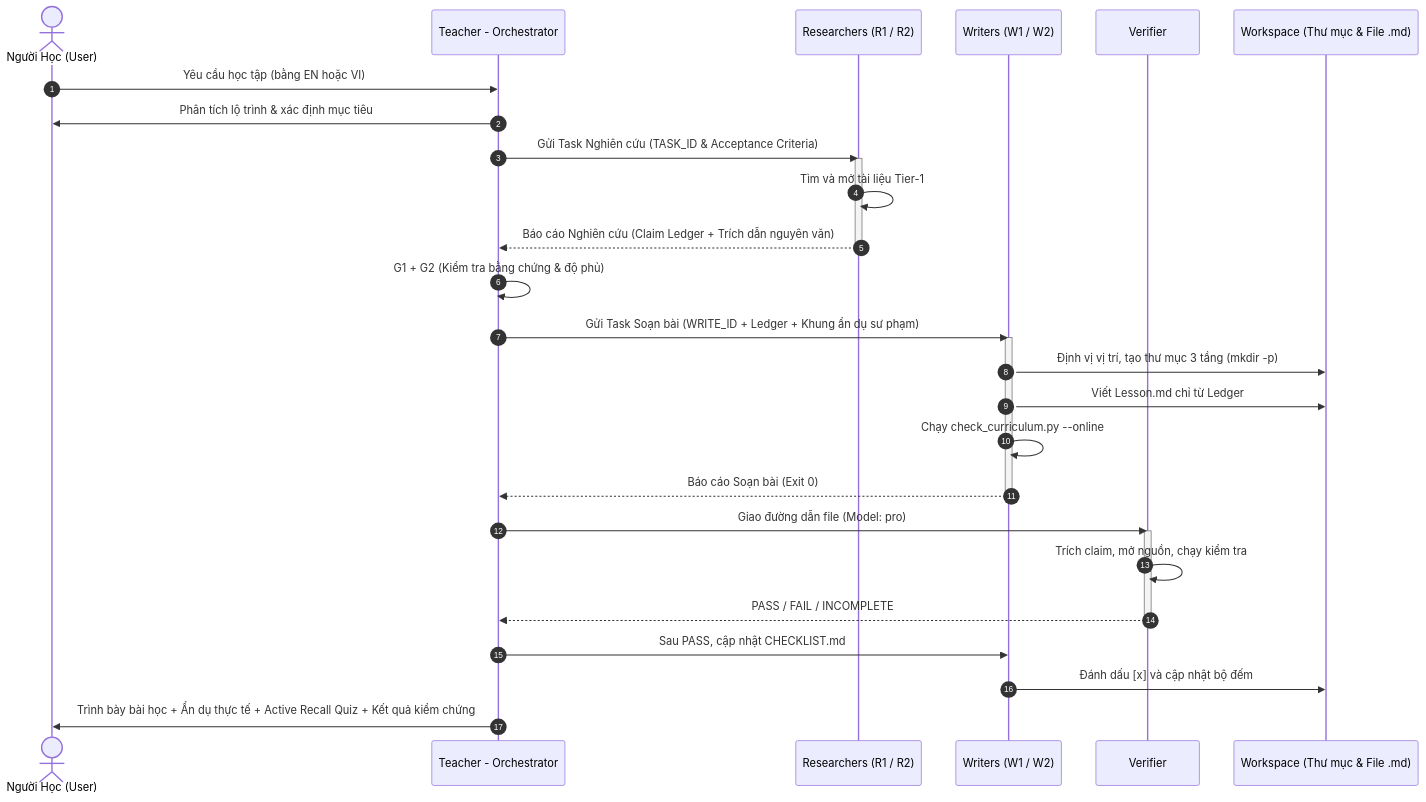
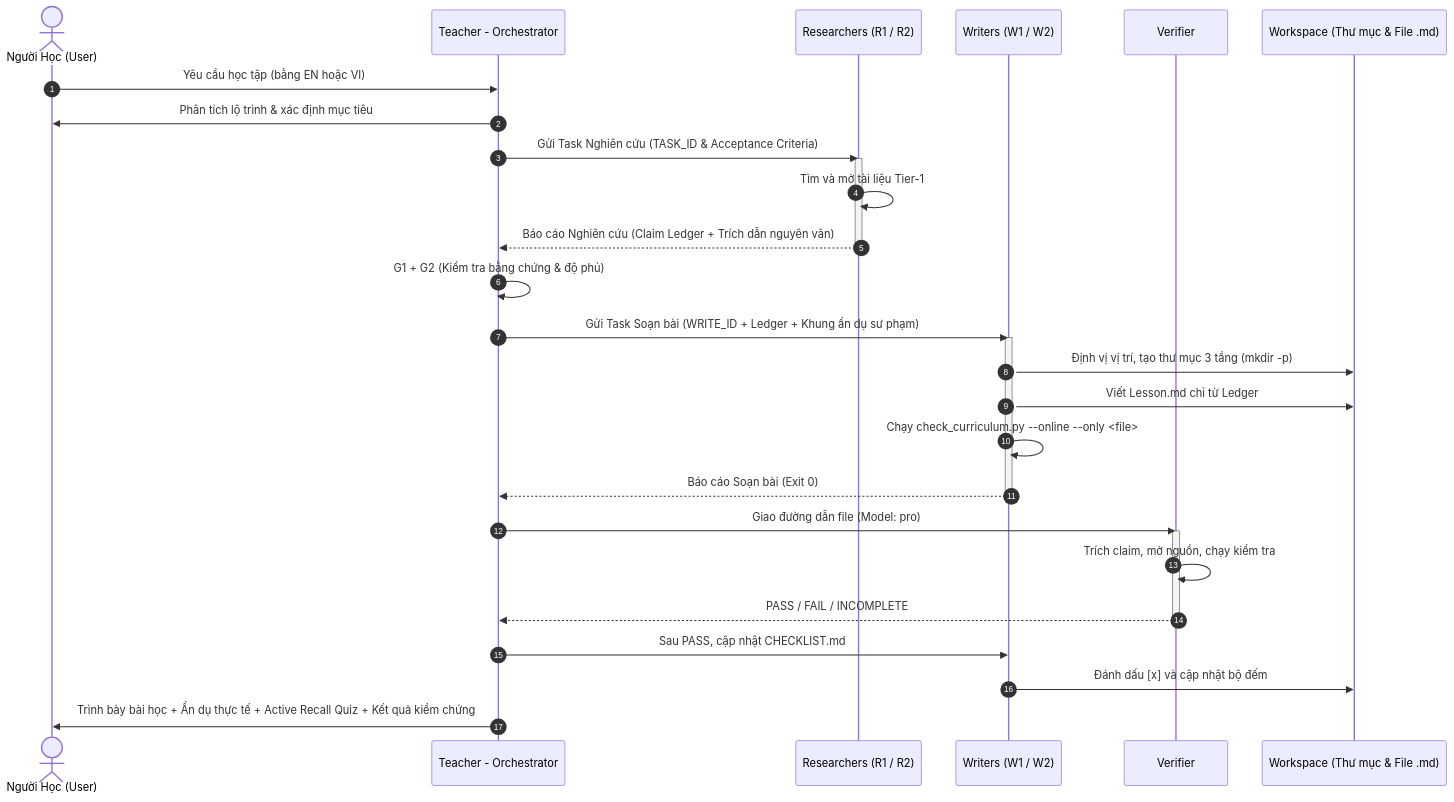
Before and after one commit to HelloMinh2122005/SelfLearn: the diagram in .agents/README.md, drawn with Mermaid. The commit also changed 148 other files, not shown here.

````diff
--- a/.agents/README.md
+++ b/.agents/README.md
@@ -53,34 +53,34 @@
 ```mermaid
 sequenceDiagram
     autonumber
     actor Learner as Người Học (User)
     participant Teacher as Teacher - Orchestrator
     participant R as Researchers (R1 / R2)
     participant W as Writers (W1 / W2)
     participant V as Verifier
     participant FS as Workspace (Thư mục & File .md)
 
     Learner->>Teacher: Yêu cầu học tập (bằng EN hoặc VI)
     Teacher->>Learner: Phân tích lộ trình & xác định mục tiêu
     Teacher->>R: Gửi Task Nghiên cứu (TASK_ID & Acceptance Criteria)
     activate R
     R->>R: Tìm và mở tài liệu Tier-1
     R-->>Teacher: Báo cáo Nghiên cứu (Claim Ledger + Trích dẫn nguyên văn)
     deactivate R
     Teacher->>Teacher: G1 + G2 (Kiểm tra bằng chứng & độ phủ)
     Teacher->>W: Gửi Task Soạn bài (WRITE_ID + Ledger + Khung ẩn dụ sư phạm)
     activate W
     W->>FS: Định vị vị trí, tạo thư mục 3 tầng (mkdir -p)
     W->>FS: Viết Lesson.md chỉ từ Ledger
-    W->>W: Chạy check_curriculum.py --online
+    W->>W: Chạy check_curriculum.py --online --only <file>
     W-->>Teacher: Báo cáo Soạn bài (Exit 0)
     deactivate W
     Teacher->>V: Giao đường dẫn file (Model: pro)
     activate V
     V->>V: Trích claim, mở nguồn, chạy kiểm tra
     V-->>Teacher: PASS / FAIL / INCOMPLETE
     deactivate V
     Teacher->>W: Sau PASS, cập nhật CHECKLIST.md
     W->>FS: Đánh dấu [x] và cập nhật bộ đếm
     Teacher->>Learner: Trình bày bài học + Ẩn dụ thực tế + Active Recall Quiz + Kết quả kiểm chứng
 ```
````
